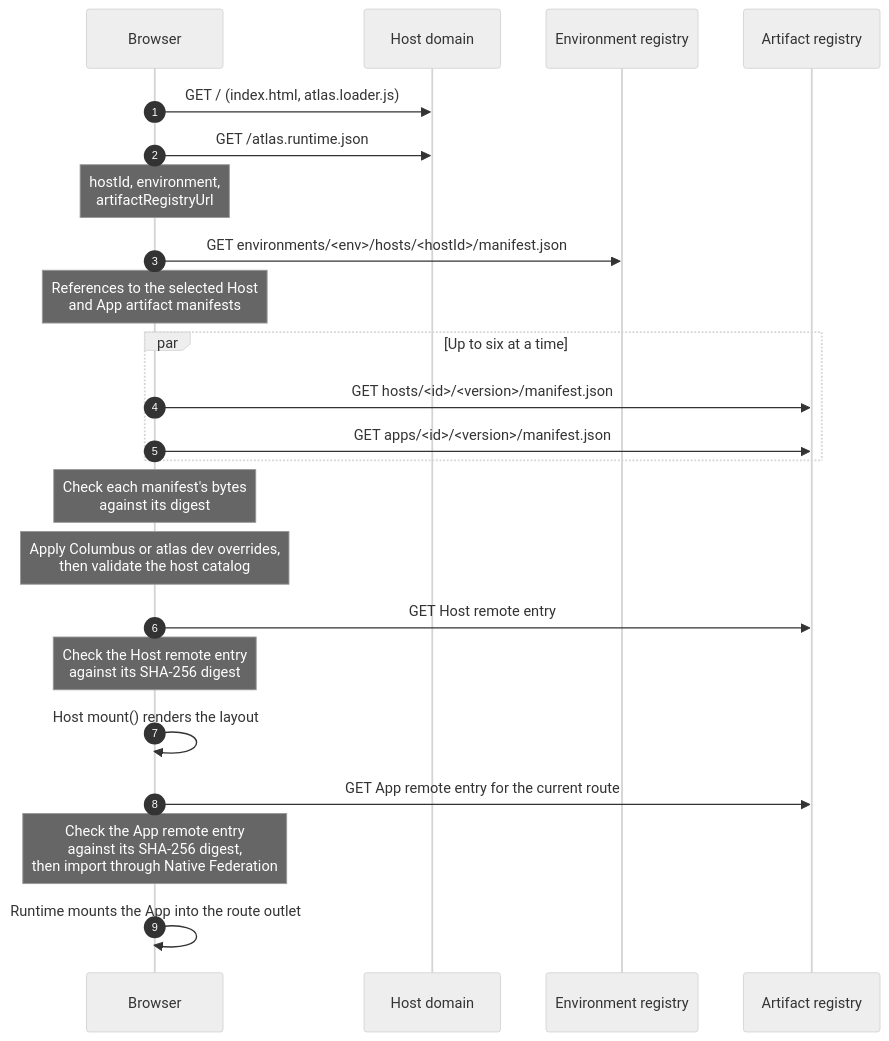
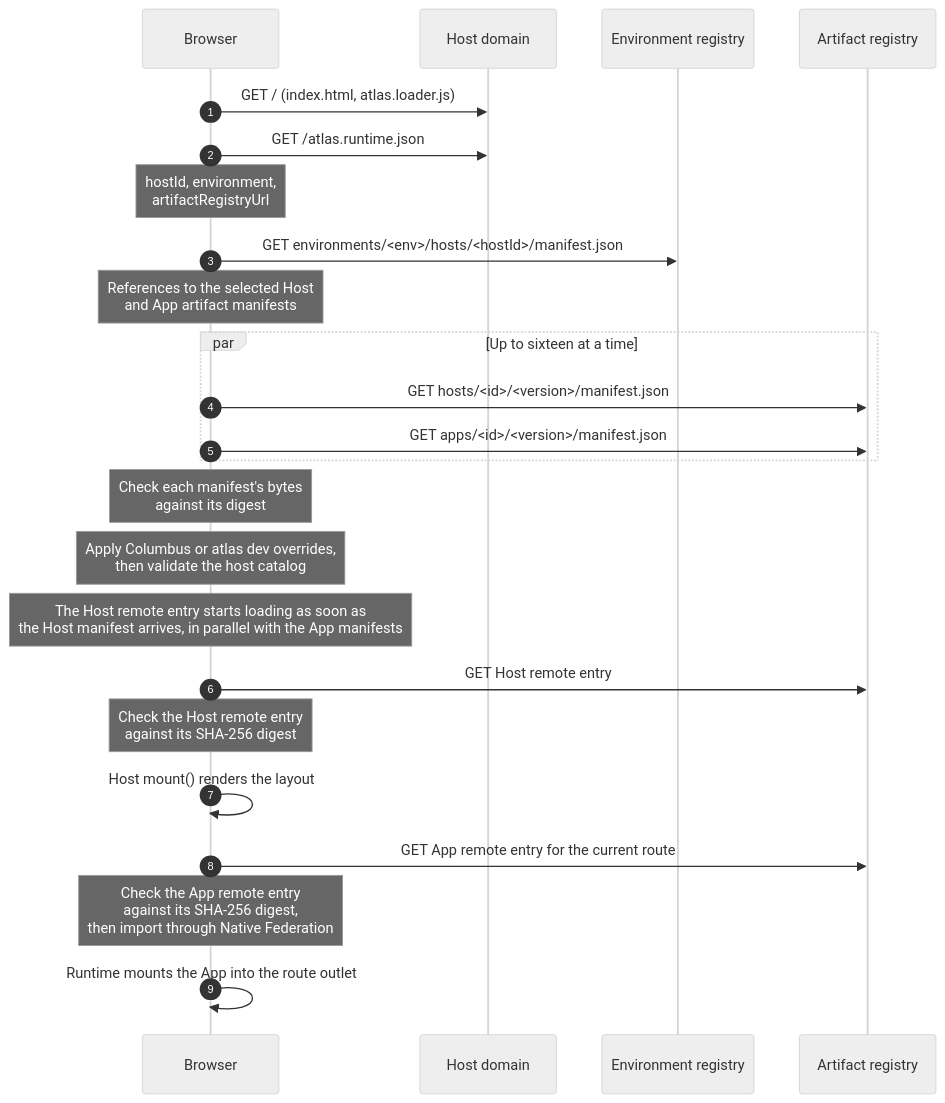
The first of 3 diagrams in docs/introduction/architecture.md (bendaj11/atlas), drawn with Mermaid (neutral theme) before and after one commit. The commit also changed other lines of this file and 75 other files, not shown here.

First line of the commit message:
perf: speed up host startup, app mounting, publish, deploy, and dev sessions

````diff
--- a/docs/introduction/architecture.md
+++ b/docs/introduction/architecture.md
@@ -32,25 +32,26 @@
 ```mermaid
 sequenceDiagram
   autonumber
   participant B as Browser
   participant D as Host domain
   participant E as Environment registry
   participant A as Artifact registry
   B->>D: GET / (index.html, atlas.loader.js)
   B->>D: GET /atlas.runtime.json
   Note over B: hostId, environment,<br/>artifactRegistryUrl
   B->>E: GET environments/<env>/hosts/<hostId>/manifest.json
   Note over B: References to the selected Host<br/>and App artifact manifests
-  par Up to six at a time
+  par Up to sixteen at a time
     B->>A: GET hosts/<id>/<version>/manifest.json
     B->>A: GET apps/<id>/<version>/manifest.json
   end
   Note over B: Check each manifest's bytes<br/>against its digest
   Note over B: Apply Columbus or atlas dev overrides,<br/>then validate the host catalog
+  Note over B: The Host remote entry starts loading as soon as<br/>the Host manifest arrives, in parallel with the App manifests
   B->>A: GET Host remote entry
   Note over B: Check the Host remote entry<br/>against its SHA-256 digest
   B->>B: Host mount() renders the layout
   B->>A: GET App remote entry for the current route
   Note over B: Check the App remote entry<br/>against its SHA-256 digest,<br/>then import through Native Federation
   B->>B: Runtime mounts the App into the route outlet
 ```
````
